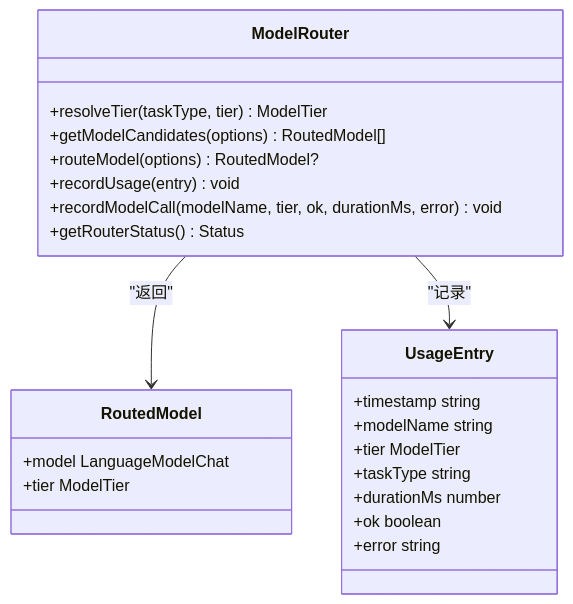
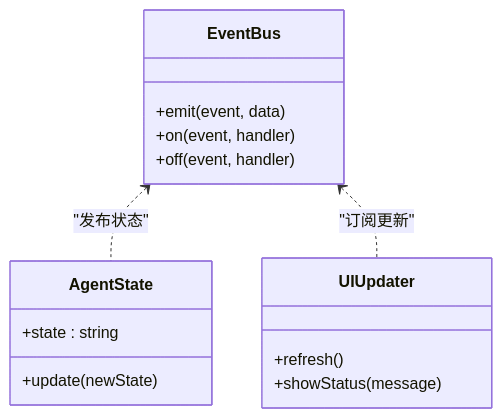
One commit to sofate798/KodrixCode changed the seventh of 10 diagrams in .qoder/repowiki/zh/content/架构设计/数据流设计.md. Above: the diagram before and after it, drawn with Mermaid. The commit also changed other lines of this file and 178 other files, not shown here.

````diff
--- a/.qoder/repowiki/zh/content/架构设计/数据流设计.md
+++ b/.qoder/repowiki/zh/content/架构设计/数据流设计.md
@@ -205,26 +239,18 @@
 ```mermaid
 classDiagram
-class ModelRouter {
-+resolveTier(taskType, tier) ModelTier
-+getModelCandidates(options) RoutedModel[]
-+routeModel(options) RoutedModel?
-+recordUsage(entry) void
-+recordModelCall(modelName, tier, ok, durationMs, error) void
-+getRouterStatus() Status
+class EventBus {
++emit(event, data)
++on(event, handler)
++off(event, handler)
 }
-class RoutedModel {
-+model LanguageModelChat
-+tier ModelTier
+class AgentState {
++state : string
++update(newState)
 }
-class UsageEntry {
-+timestamp string
-+modelName string
-+tier ModelTier
-+taskType string
-+durationMs number
-+ok boolean
-+error string
+class UIUpdater {
++refresh()
++showStatus(message)
 }
-ModelRouter --> RoutedModel : "返回"
-ModelRouter --> UsageEntry : "记录"
+EventBus <.. AgentState : "发布状态"
+EventBus <.. UIUpdater : "订阅更新"
 ```
````
